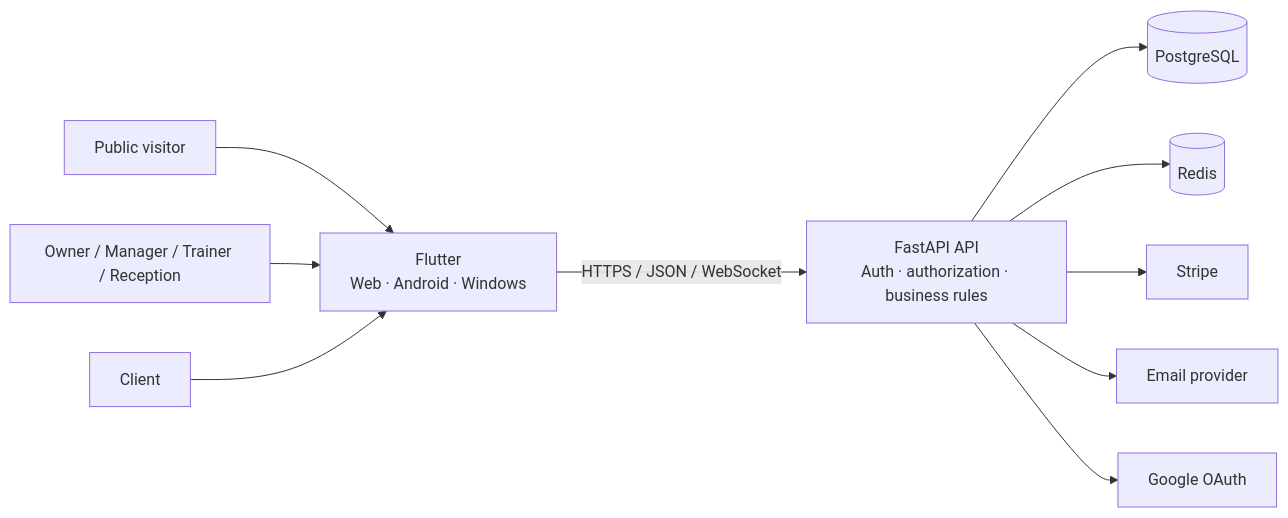
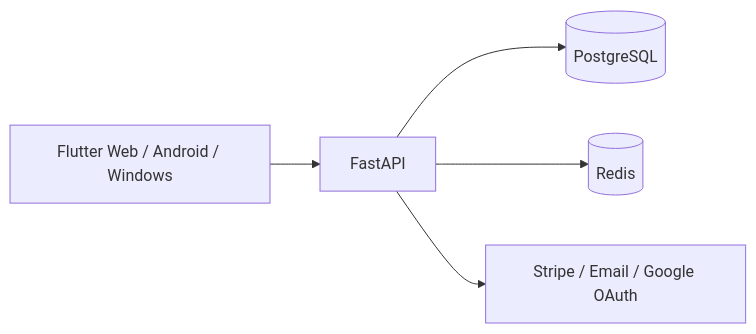
One commit to anes-dev-ml/GymFlow-Showcase changed the diagram in README.md. Above: the diagram before and after it, drawn with Mermaid. The commit also changed other lines of this file and 10 other files, not shown here.

````diff
--- a/README.md
+++ b/README.md
@@ -62,24 +29,7 @@
 ```mermaid
 flowchart LR
-    Visitor[Public visitor]
-    Staff[Owner / Manager / Trainer / Reception]
-    Client[Client]
-
-    Flutter[Flutter\nWeb · Android · Windows]
-    API[FastAPI API\nAuth · authorization · business rules]
-    DB[(PostgreSQL)]
-    Redis[(Redis)]
-    Stripe[Stripe]
-    Email[Email provider]
-    Google[Google OAuth]
-
-    Visitor --> Flutter
-    Staff --> Flutter
-    Client --> Flutter
-    Flutter -->|HTTPS / JSON / WebSocket| API
-    API --> DB
-    API --> Redis
-    API --> Stripe
-    API --> Email
-    API --> Google
+    UI[Flutter Web / Android / Windows] --> API[FastAPI]
+    API --> DB[(PostgreSQL)]
+    API --> Redis[(Redis)]
+    API --> Providers[Stripe / Email / Google OAuth]
 ```
````
